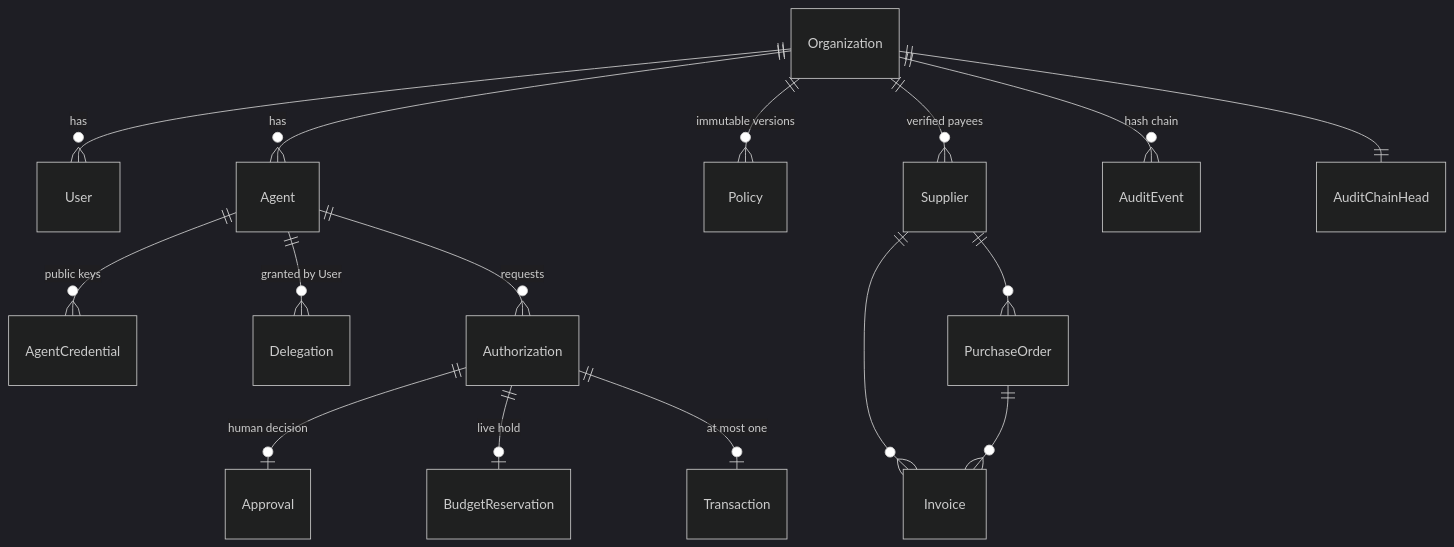
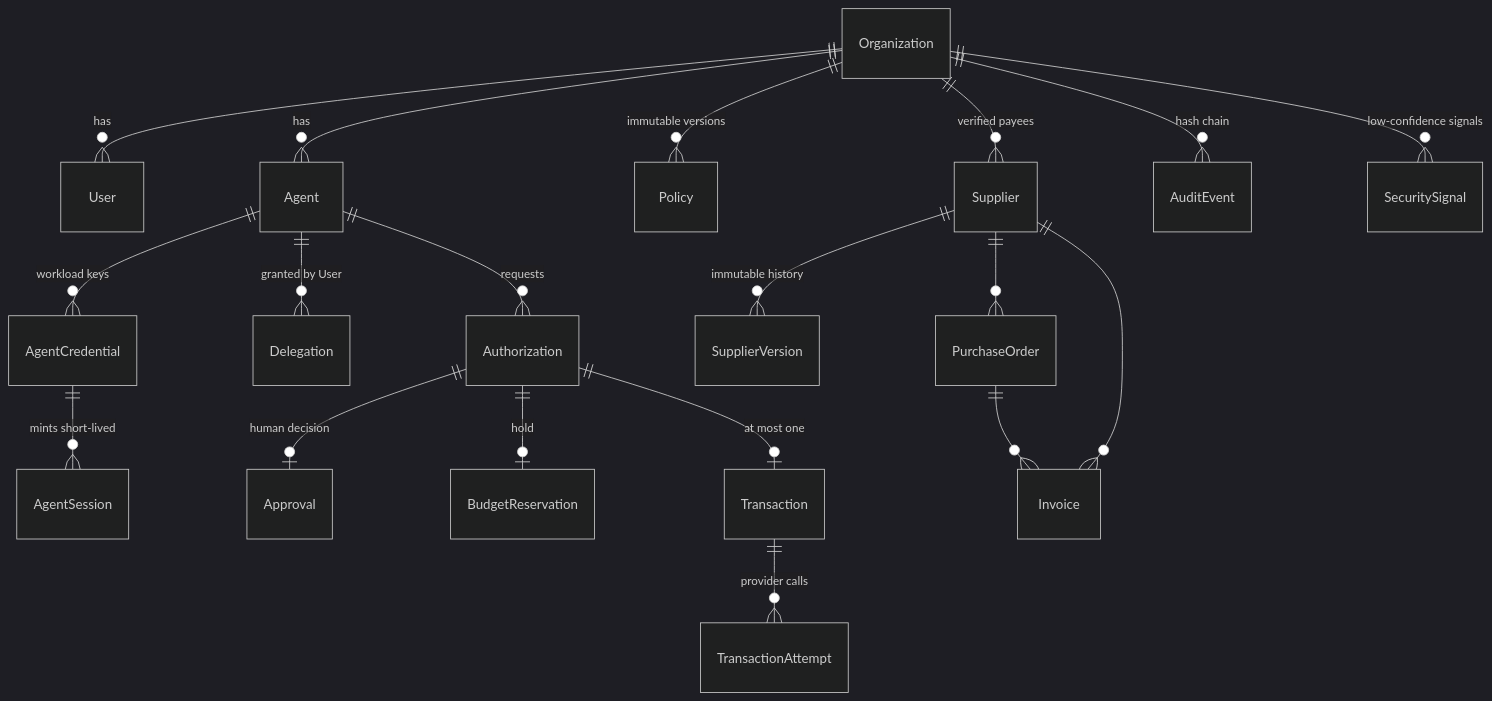
The diagram in docs/DATABASE.md (momoh127/project-KYA), drawn with Mermaid (dark theme) before and after one commit. The commit also changed other lines of this file and 46 other files, not shown here.

````diff
--- a/docs/DATABASE.md
+++ b/docs/DATABASE.md
@@ -9,18 +9,21 @@
 ```mermaid
 erDiagram
     Organization ||--o{ User : has
     Organization ||--o{ Agent : has
-    Agent ||--o{ AgentCredential : "public keys"
+    Agent ||--o{ AgentCredential : "workload keys"
+    AgentCredential ||--o{ AgentSession : "mints short-lived"
     Agent ||--o{ Delegation : "granted by User"
     Organization ||--o{ Policy : "immutable versions"
     Organization ||--o{ Supplier : "verified payees"
+    Supplier ||--o{ SupplierVersion : "immutable history"
     Supplier ||--o{ PurchaseOrder : ""
     Supplier ||--o{ Invoice : ""
     PurchaseOrder ||--o{ Invoice : ""
     Agent ||--o{ Authorization : requests
     Authorization ||--o| Approval : "human decision"
-    Authorization ||--o| BudgetReservation : "live hold"
+    Authorization ||--o| BudgetReservation : "hold"
     Authorization ||--o| Transaction : "at most one"
+    Transaction ||--o{ TransactionAttempt : "provider calls"
     Organization ||--o{ AuditEvent : "hash chain"
-    Organization ||--|| AuditChainHead : ""
+    Organization ||--o{ SecuritySignal : "low-confidence signals"
 ```
````
